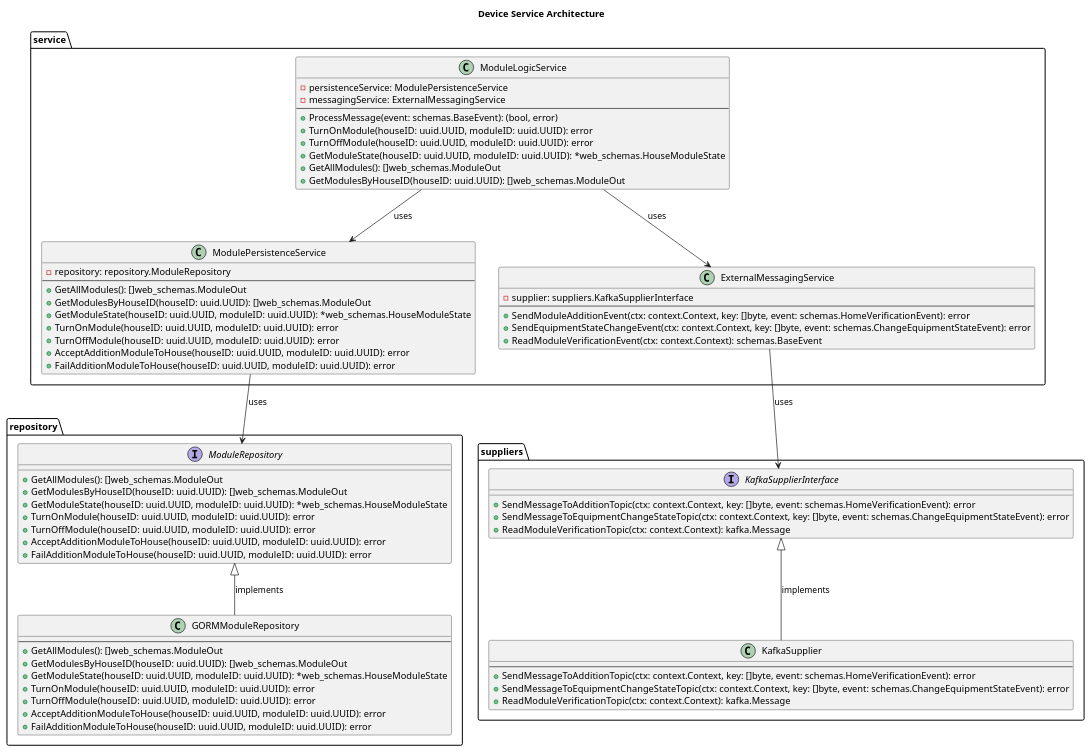
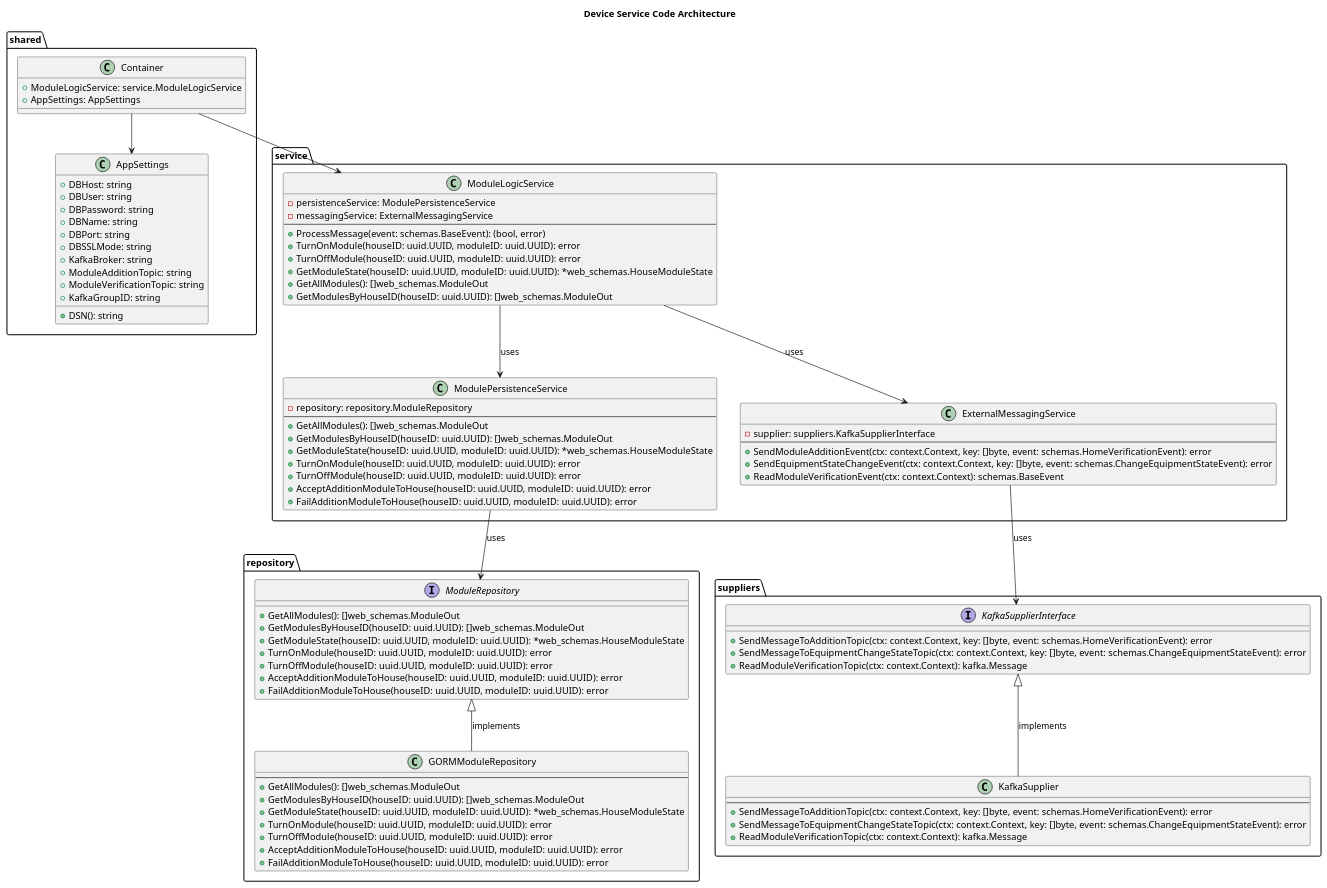
The diagram in device-service/Code_CleverVillageSystem_DeviceService.puml (baydinvladislav/architecture-sprint-3), drawn with PlantUML before and after one commit. The commit also changed 3 other files, not shown here.

Commit message:
update c4 code diagrams

```diff
--- a/device-service/Code_CleverVillageSystem_DeviceService.puml
+++ b/device-service/Code_CleverVillageSystem_DeviceService.puml
@@ -1,82 +1,107 @@
 @startuml
-title Device Service Architecture
+title Device Service Code Architecture
+
+package "shared" {
+    class Container {
+        + ModuleLogicService: service.ModuleLogicService
+        + AppSettings: AppSettings
+    }
+
+    class AppSettings {
+        + DBHost: string
+        + DBUser: string
+        + DBPassword: string
+        + DBName: string
+        + DBPort: string
+        + DBSSLMode: string
+        + KafkaBroker: string
+        + ModuleAdditionTopic: string
+        + ModuleVerificationTopic: string
+        + KafkaGroupID: string
+        + DSN(): string
+    }
+}
 
 package "service" {
     class ModuleLogicService {
         - persistenceService: ModulePersistenceService
         - messagingService: ExternalMessagingService
         --
         + ProcessMessage(event: schemas.BaseEvent): (bool, error)
         + TurnOnModule(houseID: uuid.UUID, moduleID: uuid.UUID): error
         + TurnOffModule(houseID: uuid.UUID, moduleID: uuid.UUID): error
         + GetModuleState(houseID: uuid.UUID, moduleID: uuid.UUID): *web_schemas.HouseModuleState
         + GetAllModules(): []web_schemas.ModuleOut
         + GetModulesByHouseID(houseID: uuid.UUID): []web_schemas.ModuleOut
     }
 
     class ModulePersistenceService {
         - repository: repository.ModuleRepository
         --
         + GetAllModules(): []web_schemas.ModuleOut
         + GetModulesByHouseID(houseID: uuid.UUID): []web_schemas.ModuleOut
         + GetModuleState(houseID: uuid.UUID, moduleID: uuid.UUID): *web_schemas.HouseModuleState
         + TurnOnModule(houseID: uuid.UUID, moduleID: uuid.UUID): error
         + TurnOffModule(houseID: uuid.UUID, moduleID: uuid.UUID): error
         + AcceptAdditionModuleToHouse(houseID: uuid.UUID, moduleID: uuid.UUID): error
         + FailAdditionModuleToHouse(houseID: uuid.UUID, moduleID: uuid.UUID): error
     }
 
     class ExternalMessagingService {
         - supplier: suppliers.KafkaSupplierInterface
         --
         + SendModuleAdditionEvent(ctx: context.Context, key: []byte, event: schemas.HomeVerificationEvent): error
         + SendEquipmentStateChangeEvent(ctx: context.Context, key: []byte, event: schemas.ChangeEquipmentStateEvent): error
         + ReadModuleVerificationEvent(ctx: context.Context): schemas.BaseEvent
     }
 }
 
 package "repository" {
     interface ModuleRepository {
         + GetAllModules(): []web_schemas.ModuleOut
         + GetModulesByHouseID(houseID: uuid.UUID): []web_schemas.ModuleOut
         + GetModuleState(houseID: uuid.UUID, moduleID: uuid.UUID): *web_schemas.HouseModuleState
         + TurnOnModule(houseID: uuid.UUID, moduleID: uuid.UUID): error
         + TurnOffModule(houseID: uuid.UUID, moduleID: uuid.UUID): error
         + AcceptAdditionModuleToHouse(houseID: uuid.UUID, moduleID: uuid.UUID): error
         + FailAdditionModuleToHouse(houseID: uuid.UUID, moduleID: uuid.UUID): error
     }
 
     class GORMModuleRepository {
         --
         + GetAllModules(): []web_schemas.ModuleOut
         + GetModulesByHouseID(houseID: uuid.UUID): []web_schemas.ModuleOut
         + GetModuleState(houseID: uuid.UUID, moduleID: uuid.UUID): *web_schemas.HouseModuleState
         + TurnOnModule(houseID: uuid.UUID, moduleID: uuid.UUID): error
         + TurnOffModule(houseID: uuid.UUID, moduleID: uuid.UUID): error
         + AcceptAdditionModuleToHouse(houseID: uuid.UUID, moduleID: uuid.UUID): error
         + FailAdditionModuleToHouse(houseID: uuid.UUID, moduleID: uuid.UUID): error
     }
 }
 
 package "suppliers" {
     interface KafkaSupplierInterface {
         + SendMessageToAdditionTopic(ctx: context.Context, key: []byte, event: schemas.HomeVerificationEvent): error
         + SendMessageToEquipmentChangeStateTopic(ctx: context.Context, key: []byte, event: schemas.ChangeEquipmentStateEvent): error
         + ReadModuleVerificationTopic(ctx: context.Context): kafka.Message
     }
 
     class KafkaSupplier {
         --
         + SendMessageToAdditionTopic(ctx: context.Context, key: []byte, event: schemas.HomeVerificationEvent): error
         + SendMessageToEquipmentChangeStateTopic(ctx: context.Context, key: []byte, event: schemas.ChangeEquipmentStateEvent): error
         + ReadModuleVerificationTopic(ctx: context.Context): kafka.Message
     }
 }
 
 ModuleLogicService --> ModulePersistenceService : uses
 ModuleLogicService --> ExternalMessagingService : uses
 ModulePersistenceService --> ModuleRepository : uses
 ModuleRepository <|-- GORMModuleRepository : implements
 ExternalMessagingService --> KafkaSupplierInterface : uses
 KafkaSupplierInterface <|-- KafkaSupplier : implements
+
+Container --> ModuleLogicService
+Container --> AppSettings
+
 @enduml
```
